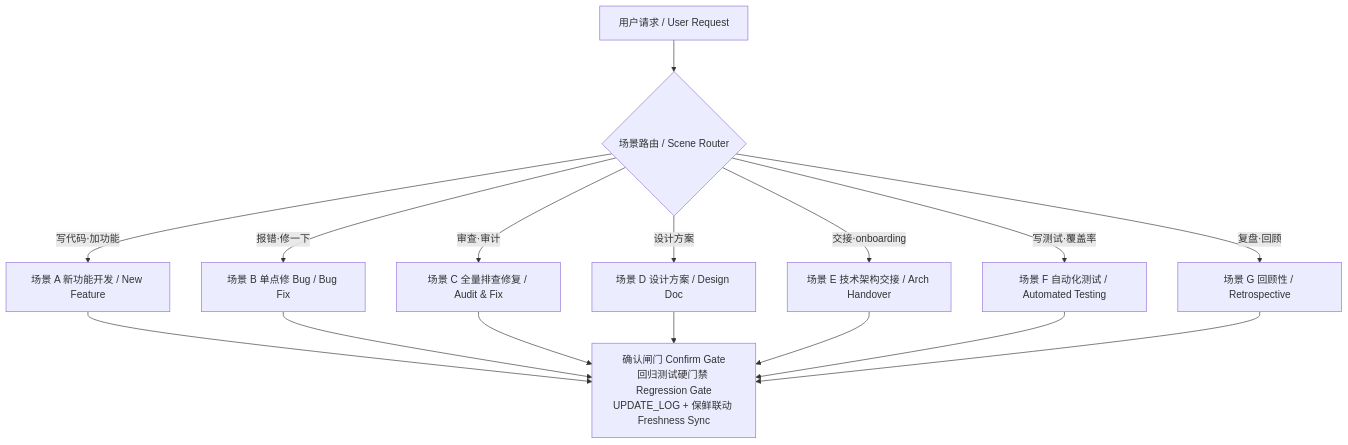
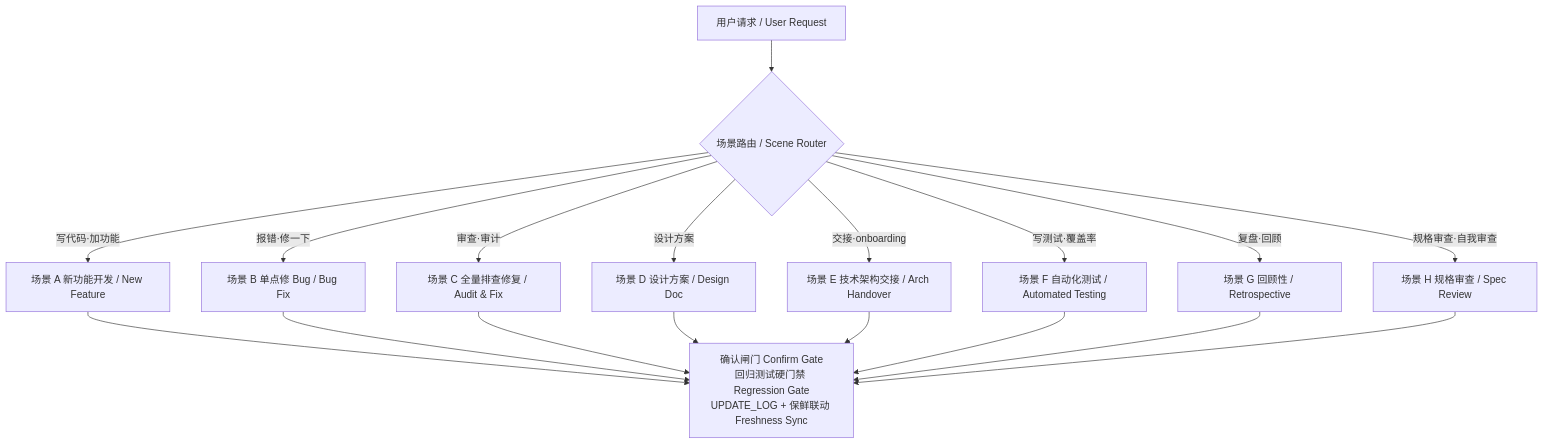
One commit to Arrowzzzzzz/dev-workflow changed the diagram in README.md. Above: the diagram before and after it, drawn with Mermaid. The commit also changed other lines of this file and 12 other files, not shown here.

````diff
--- a/README.md
+++ b/README.md
@@ -22,12 +24,13 @@
 ```mermaid
 flowchart TD
     U[用户请求 / User Request] --> R{场景路由 / Scene Router}
     R -->|写代码·加功能| A[场景 A 新功能开发 / New Feature]
     R -->|报错·修一下| B[场景 B 单点修 Bug / Bug Fix]
     R -->|审查·审计| C[场景 C 全量排查修复 / Audit & Fix]
     R -->|设计方案| D[场景 D 设计方案 / Design Doc]
     R -->|交接·onboarding| E[场景 E 技术架构交接 / Arch Handover]
     R -->|写测试·覆盖率| F[场景 F 自动化测试 / Automated Testing]
     R -->|复盘·回顾| G[场景 G 回顾性 / Retrospective]
-    A & B & C & D & E & F & G --> P[确认闸门 Confirm Gate<br/>回归测试硬门禁 Regression Gate<br/>UPDATE_LOG + 保鲜联动 Freshness Sync]
+    R -->|规格审查·自我审查| H[场景 H 规格审查 / Spec Review]
+    A & B & C & D & E & F & G & H --> P[确认闸门 Confirm Gate<br/>回归测试硬门禁 Regression Gate<br/>UPDATE_LOG + 保鲜联动 Freshness Sync]
 ```
````
